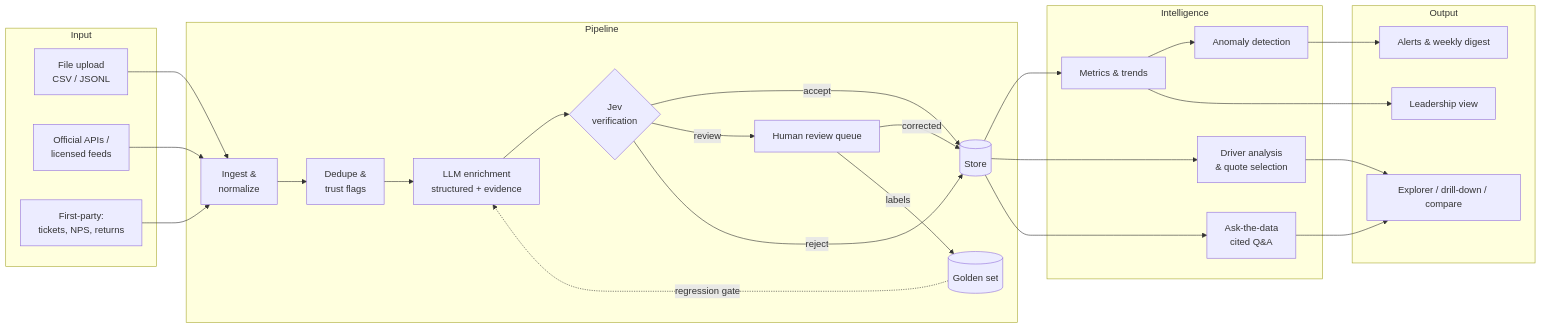
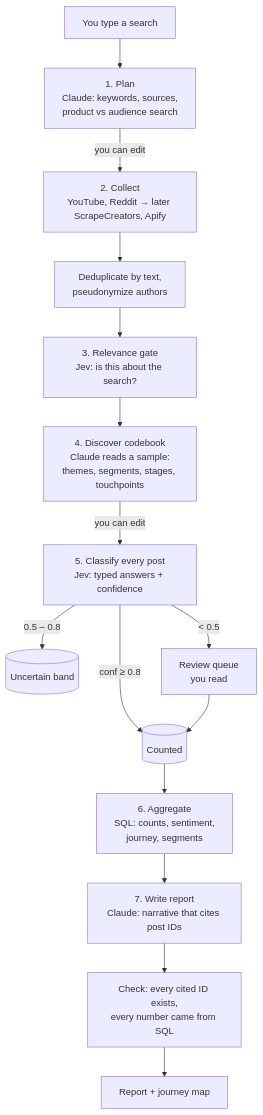
One commit to kiranks34/Customer_Intelligence changed the diagram in docs/ARCHITECTURE.md. Above: the diagram before and after it, drawn with Mermaid. The commit also changed other lines of this file and 21 other files, not shown here.

First line of the commit message:
Rewrite plan for search-driven platform; drop Python draft

````diff
--- a/docs/ARCHITECTURE.md
+++ b/docs/ARCHITECTURE.md
@@ -5,32 +5,17 @@
 ```mermaid
-flowchart LR
-  subgraph Input
-    A1[File upload<br/>CSV / JSONL]
-    A2[Official APIs /<br/>licensed feeds]
-    A3[First-party:<br/>tickets, NPS, returns]
-  end
-  subgraph Pipeline
-    B[Ingest &<br/>normalize] --> C[Dedupe &<br/>trust flags]
-    C --> D[LLM enrichment<br/>structured + evidence]
-    D --> E{Jev<br/>verification}
-    E -- accept --> F[(Store)]
-    E -- review --> Q[Human review queue]
-    Q -- corrected --> F
-    Q -- labels --> G[(Golden set)]
-    E -- reject --> F
-  end
-  subgraph Intelligence
-    F --> H[Metrics & trends]
-    H --> I[Anomaly detection]
-    F --> J[Driver analysis<br/>& quote selection]
-    F --> K[Ask-the-data<br/>cited Q&A]
-  end
-  subgraph Output
-    H --> L[Leadership view]
-    J --> M[Explorer / drill-down / compare]
-    I --> N[Alerts & weekly digest]
-    K --> M
-  end
-  A1 & A2 & A3 --> B
-  G -. regression gate .-> D
+flowchart TD
+  S[You type a search] --> P[1. Plan<br/>Claude: keywords, sources,<br/>product vs audience search]
+  P -->|you can edit| C[2. Collect<br/>YouTube, Reddit → later ScrapeCreators, Apify]
+  C --> D[Deduplicate by text,<br/>pseudonymize authors]
+  D --> R[3. Relevance gate<br/>Jev: is this about the search?]
+  R --> K[4. Discover codebook<br/>Claude reads a sample:<br/>themes, segments, stages, touchpoints]
+  K -->|you can edit| J[5. Classify every post<br/>Jev: typed answers + confidence]
+  J -->|conf ≥ 0.8| DB[(Counted)]
+  J -->|0.5 – 0.8| U[(Uncertain band)]
+  J -->|< 0.5| Q[Review queue<br/>you read]
+  Q --> DB
+  DB --> A[6. Aggregate<br/>SQL: counts, sentiment,<br/>journey, segments]
+  A --> W[7. Write report<br/>Claude: narrative that cites post IDs]
+  W --> V[Check: every cited ID exists,<br/>every number came from SQL]
+  V --> UI[Report + journey map]
 ```
````
